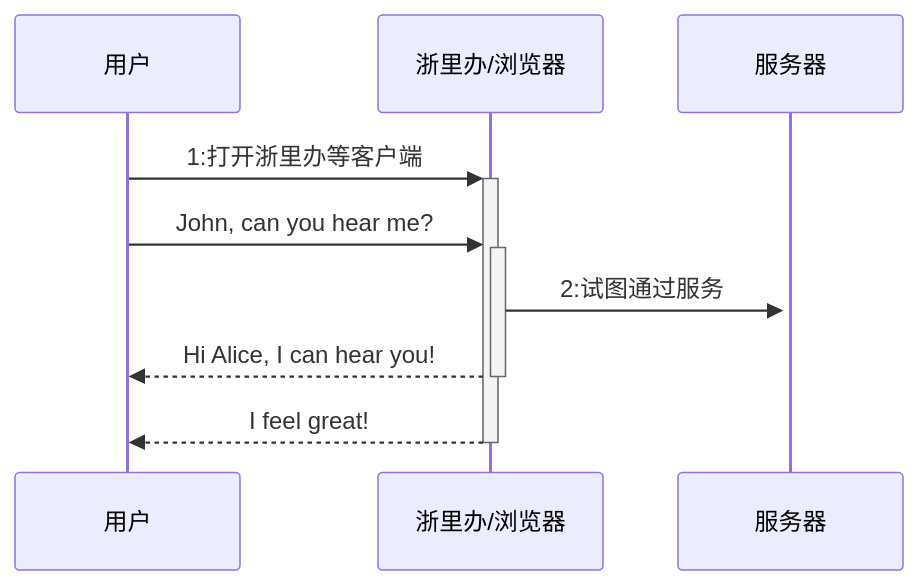
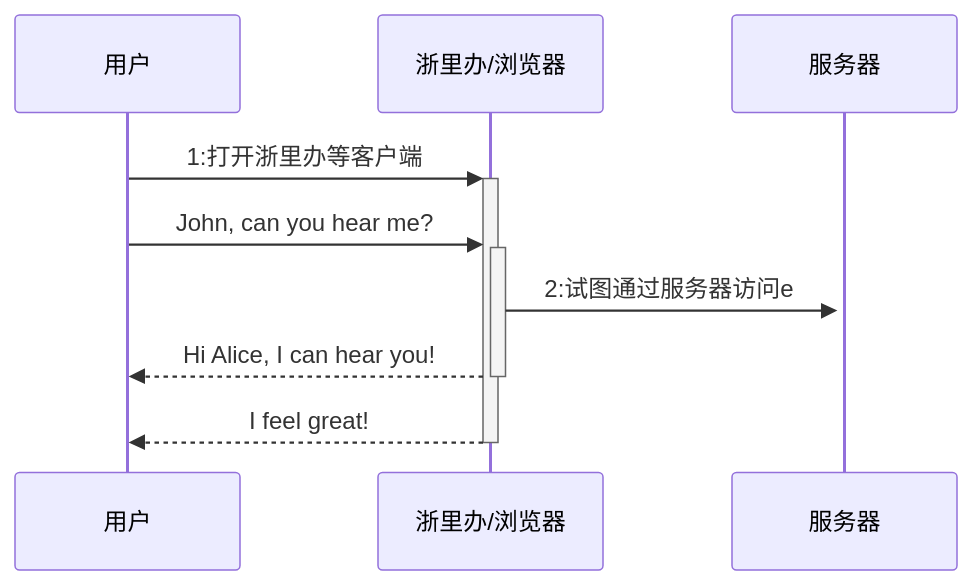
One commit to fifuntop/iodraw-files changed the diagram in all/居民端时序图.md. Above: the diagram before and after it, drawn with Mermaid.

Commit message:
2024-03-14 14:46:55 update

````diff
--- a/all/居民端时序图.md
+++ b/all/居民端时序图.md
@@ -1,9 +1,9 @@
 ```mermaid
 sequenceDiagram
     用户->>+浙里办/浏览器: 1:打开浙里办等客户端
     用户->>+浙里办/浏览器: John, can you hear me?
-    浙里办/浏览器->>+服务器: 2:试图通过服务
+    浙里办/浏览器->>+服务器: 2:试图通过服务器访问e
     浙里办/浏览器-->>-用户: Hi Alice, I can hear you!
     浙里办/浏览器-->>-用户: I feel great!
             
 ```
````
